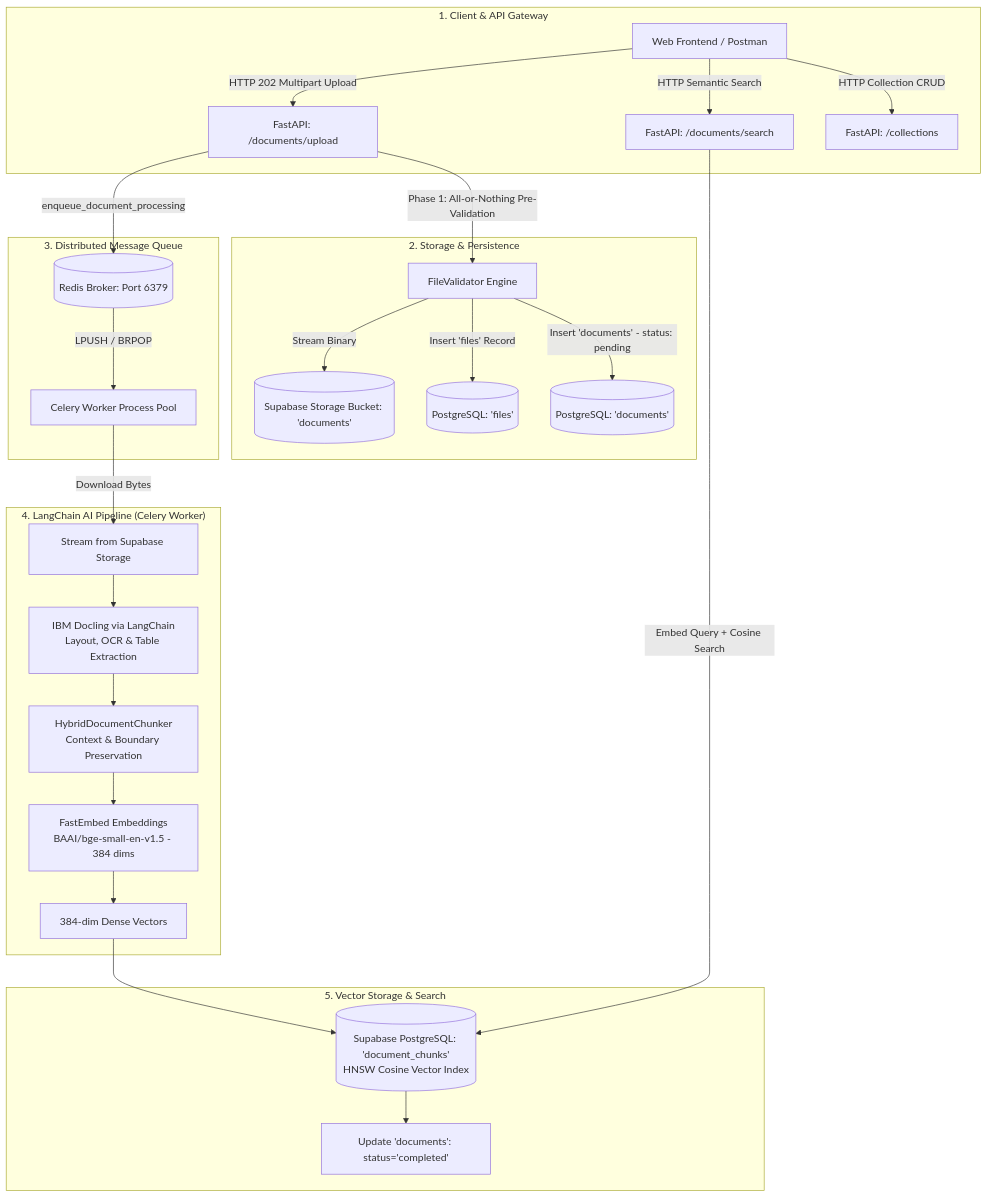
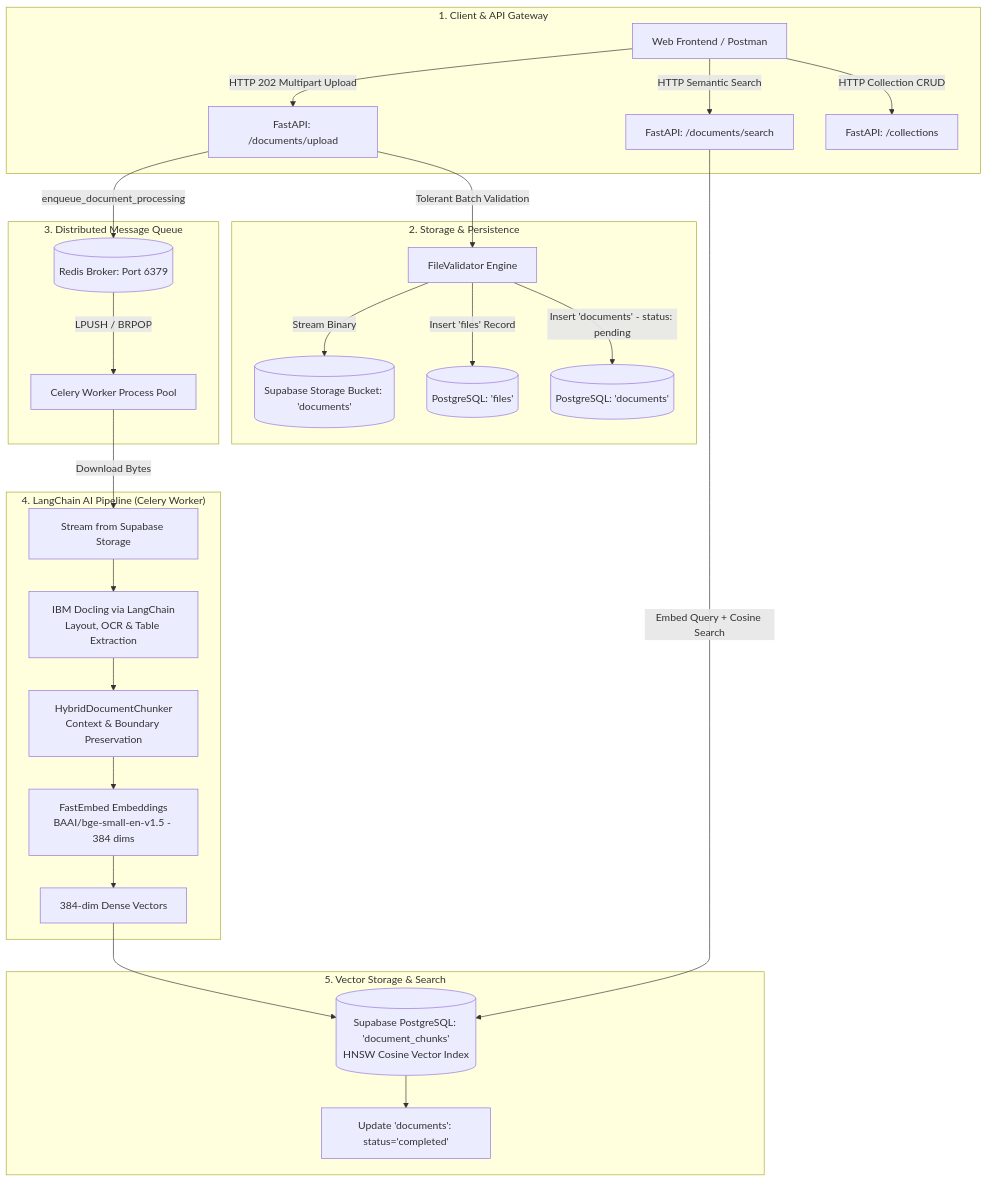
One commit to sabkat-ahmed-rafi/ai-document-intelligence-platform changed the diagram in docs/README.md. Above: the diagram before and after it, drawn with Mermaid. The commit also changed other lines of this file and 4 other files, not shown here.

Commit message:
refactor: remove the all or nothing(atomicity) from file upload functionality

````diff
--- a/docs/README.md
+++ b/docs/README.md
@@ -24,34 +24,34 @@
 ```mermaid
 flowchart TD
     subgraph ClientLayer ["1. Client & API Gateway"]
         Client[Web Frontend / Postman] -->|HTTP 202 Multipart Upload| UploadAPI[FastAPI: /documents/upload]
         Client -->|HTTP Semantic Search| SearchAPI[FastAPI: /documents/search]
         Client -->|HTTP Collection CRUD| ColAPI[FastAPI: /collections]
     end
 
     subgraph StorageLayer ["2. Storage & Persistence"]
-        UploadAPI -->|Phase 1: All-or-Nothing Pre-Validation| Validator[FileValidator Engine]
+        UploadAPI -->|Tolerant Batch Validation| Validator[FileValidator Engine]
         Validator -->|Stream Binary| SupabaseStorage[(Supabase Storage Bucket: 'documents')]
         Validator -->|Insert 'files' Record| DBFiles[(PostgreSQL: 'files')]
         Validator -->|Insert 'documents' - status: pending| DBDocs[(PostgreSQL: 'documents')]
     end
 
     subgraph QueueLayer ["3. Distributed Message Queue"]
         UploadAPI -->|enqueue_document_processing| Redis[(Redis Broker: Port 6379)]
         Redis -->|LPUSH / BRPOP| CeleryWorker[Celery Worker Process Pool]
     end
 
     subgraph ProcessingPipeline ["4. LangChain AI Pipeline (Celery Worker)"]
         CeleryWorker -->|Download Bytes| FetchStorage[Stream from Supabase Storage]
         FetchStorage --> Docling[IBM Docling via LangChain<br/>Layout, OCR & Table Extraction]
         Docling --> Chunker[HybridDocumentChunker<br/>Context & Boundary Preservation]
         Chunker --> Embedder[FastEmbed Embeddings<br/>BAAI/bge-small-en-v1.5 - 384 dims]
         Embedder --> Vectors[384-dim Dense Vectors]
     end
 
     subgraph VectorDatabase ["5. Vector Storage & Search"]
         Vectors --> PGVector[(Supabase PostgreSQL: 'document_chunks'<br/>HNSW Cosine Vector Index)]
         PGVector --> StatusUpdate[Update 'documents': status='completed']
         SearchAPI -->|Embed Query + Cosine Search| PGVector
     end
 ```
````
